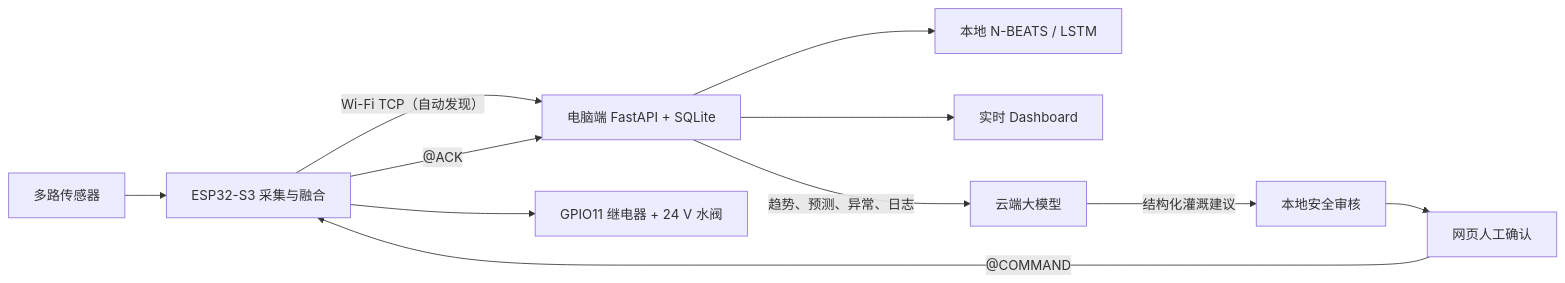
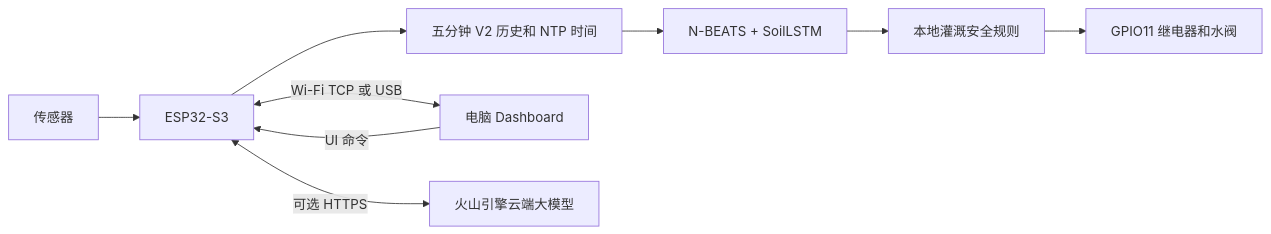
The diagram in README.md (Shun-Zhan/AIoT--ModelPredition), drawn with Mermaid before and after one commit. The commit also changed other lines of this file and 45 other files, not shown here.

````diff
--- a/README.md
+++ b/README.md
@@ -20,13 +9,11 @@
 ```mermaid
 flowchart LR
-  S["多路传感器"] --> E["ESP32-S3 采集与融合"]
-  E -- "Wi-Fi TCP（自动发现）" --> P["电脑端 FastAPI + SQLite"]
-  P --> M["本地 N-BEATS / LSTM"]
-  P --> D["实时 Dashboard"]
-  P -- "趋势、预测、异常、日志" --> C["云端大模型"]
-  C -- "结构化灌溉建议" --> G["本地安全审核"]
-  G --> H["网页人工确认"]
-  H -- "@COMMAND" --> E
-  E -- "@ACK" --> P
-  E --> R["GPIO11 继电器 + 24 V 水阀"]
+  S[传感器] --> E[ESP32-S3]
+  E --> H[五分钟 V2 历史和 NTP 时间]
+  H --> M[N-BEATS + SoilLSTM]
+  M --> R[本地灌溉安全规则]
+  R --> V[GPIO11 继电器和水阀]
+  E <-->|Wi-Fi TCP 或 USB| D[电脑 Dashboard]
+  D -->|UI 命令| E
+  E <-->|可选 HTTPS| C[火山引擎云端大模型]
 ```
````
